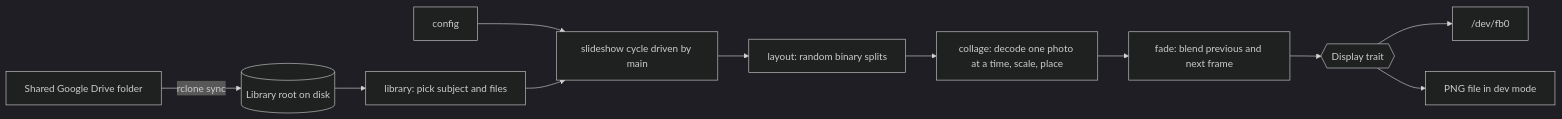
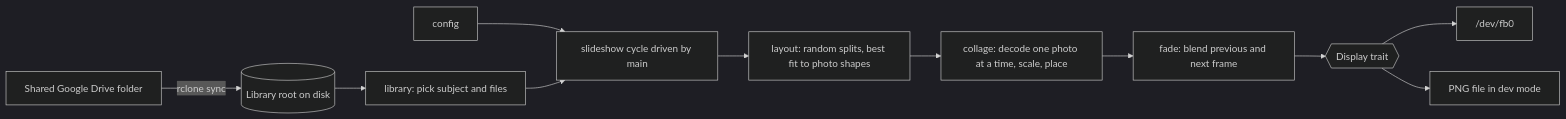
Before and after one commit to shoham-b/orange-you-glad: the diagram in docs/ARCHITECTURE.md, drawn with Mermaid (dark theme). The commit also changed other lines of this file and 6 other files, not shown here.

First line of the commit message:
feat(layout): fit collage tiles to the photos' aspect ratios

````diff
--- a/docs/ARCHITECTURE.md
+++ b/docs/ARCHITECTURE.md
@@ -5,13 +5,13 @@
 ```mermaid
 flowchart LR
     GD[Shared Google Drive folder] -- rclone sync --> LIB[(Library root on disk)]
     LIB --> L[library: pick subject and files]
     CFG[config] --> S
     L --> S[slideshow cycle driven by main]
-    S --> LY[layout: random binary splits]
+    S --> LY[layout: random splits, best fit to photo shapes]
     LY --> C[collage: decode one photo at a time, scale, place]
     C --> F[fade: blend previous and next frame]
     F --> D{{Display trait}}
     D --> FB["/dev/fb0"]
     D --> PNG["PNG file in dev mode"]
 ```
````
